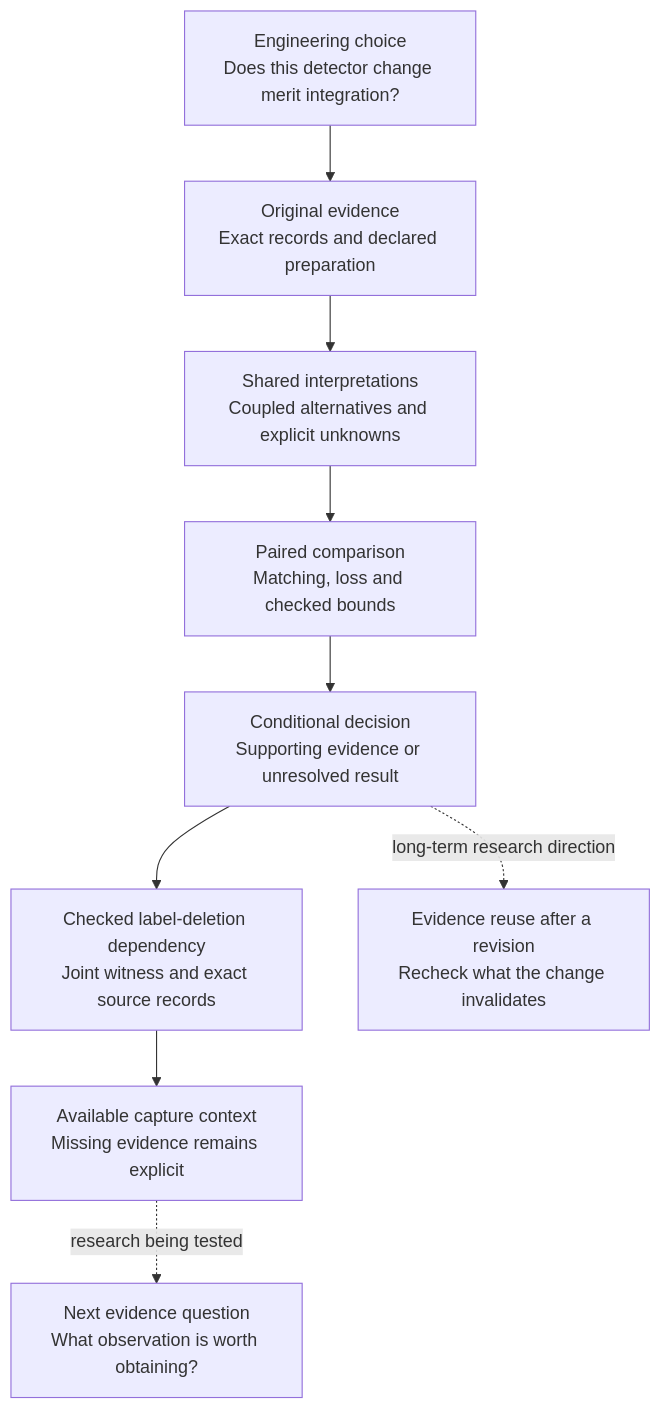
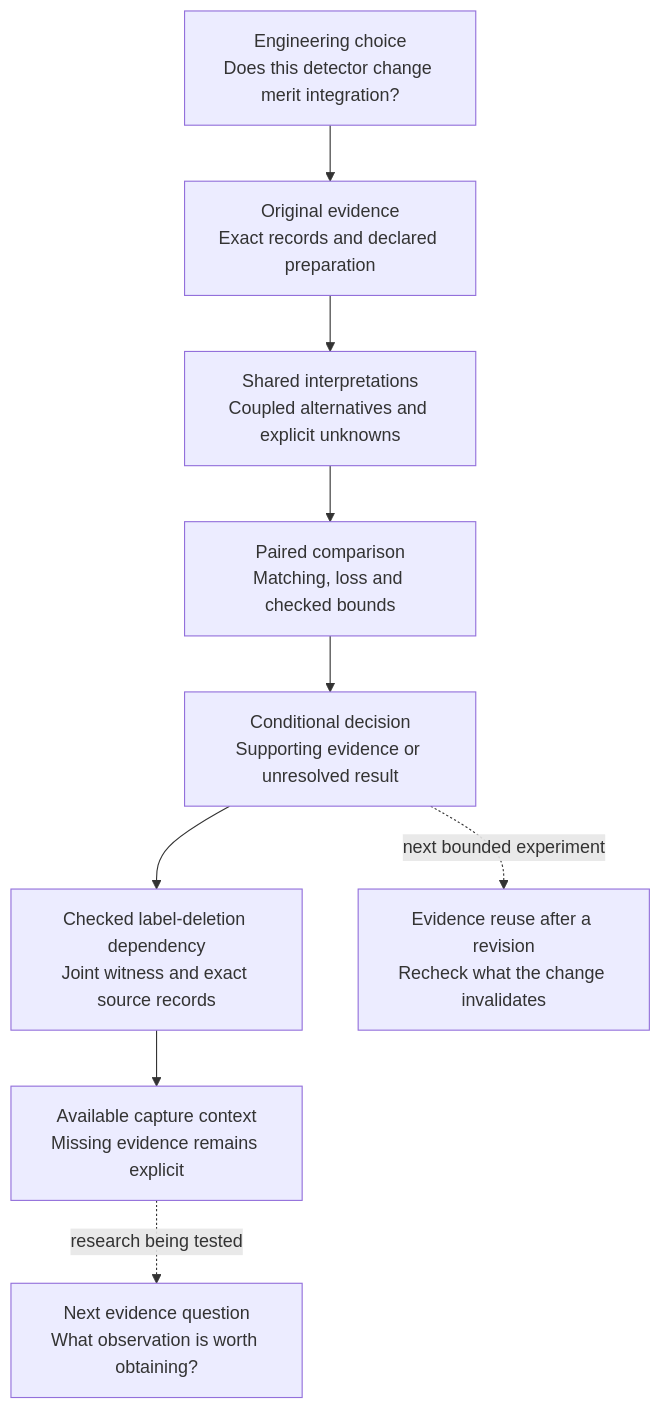
The diagram in docs/PRODUCT_AND_FUNDING_THESIS_2026-09-14.md (manfromnowhere143/reiyah), drawn with Mermaid before and after one commit. The commit also changed other lines of this file and 4 other files, not shown here.

````diff
--- a/docs/PRODUCT_AND_FUNDING_THESIS_2026-09-14.md
+++ b/docs/PRODUCT_AND_FUNDING_THESIS_2026-09-14.md
@@ -44,12 +44,12 @@
 ```mermaid
 flowchart TB
   Q["Engineering choice<br/>Does this detector change merit integration?"]
   Q --> S["Original evidence<br/>Exact records and declared preparation"]
   S --> W["Shared interpretations<br/>Coupled alternatives and explicit unknowns"]
   W --> C["Paired comparison<br/>Matching, loss and checked bounds"]
   C --> D["Conditional decision<br/>Supporting evidence or unresolved result"]
   D --> L["Checked label-deletion dependency<br/>Joint witness and exact source records"]
   L --> O["Available capture context<br/>Missing evidence remains explicit"]
   O -. "research being tested" .-> N["Next evidence question<br/>What observation is worth obtaining?"]
-  D -. "long-term research direction" .-> R["Evidence reuse after a revision<br/>Recheck what the change invalidates"]
+  D -. "next bounded experiment" .-> R["Evidence reuse after a revision<br/>Recheck what the change invalidates"]
 ```
````
